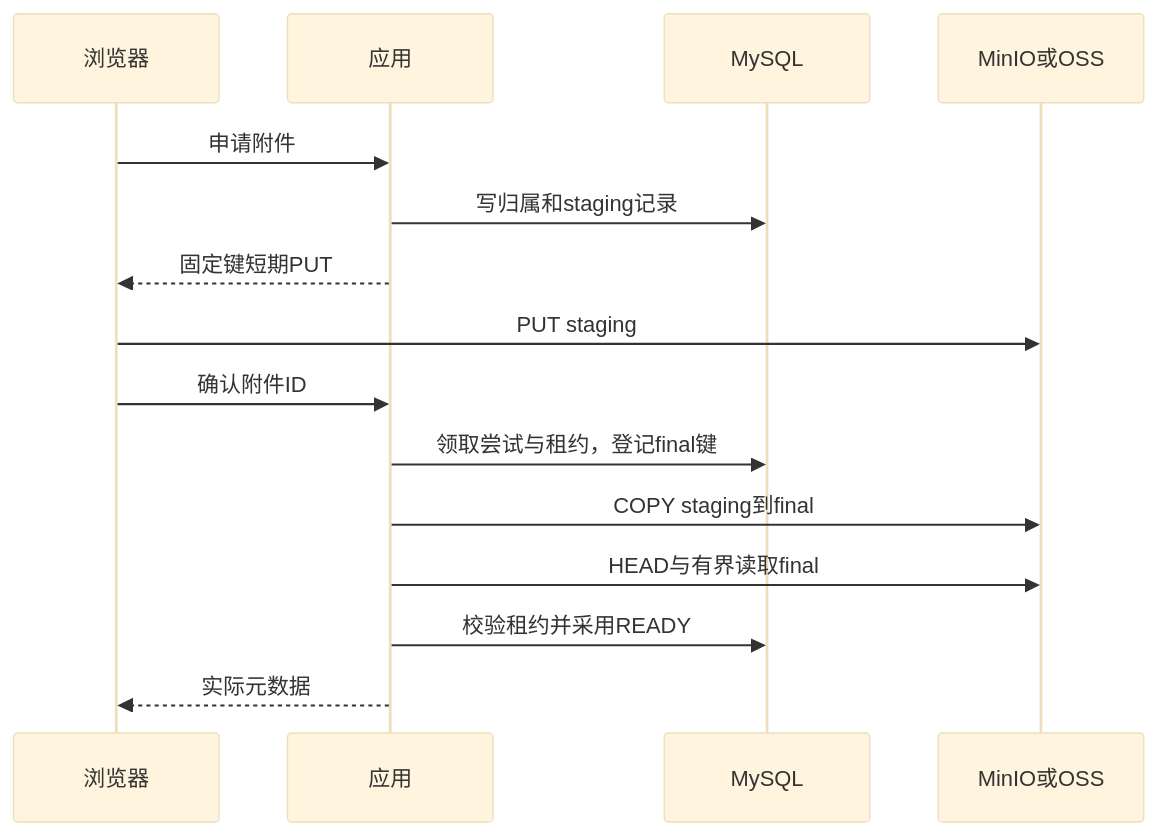
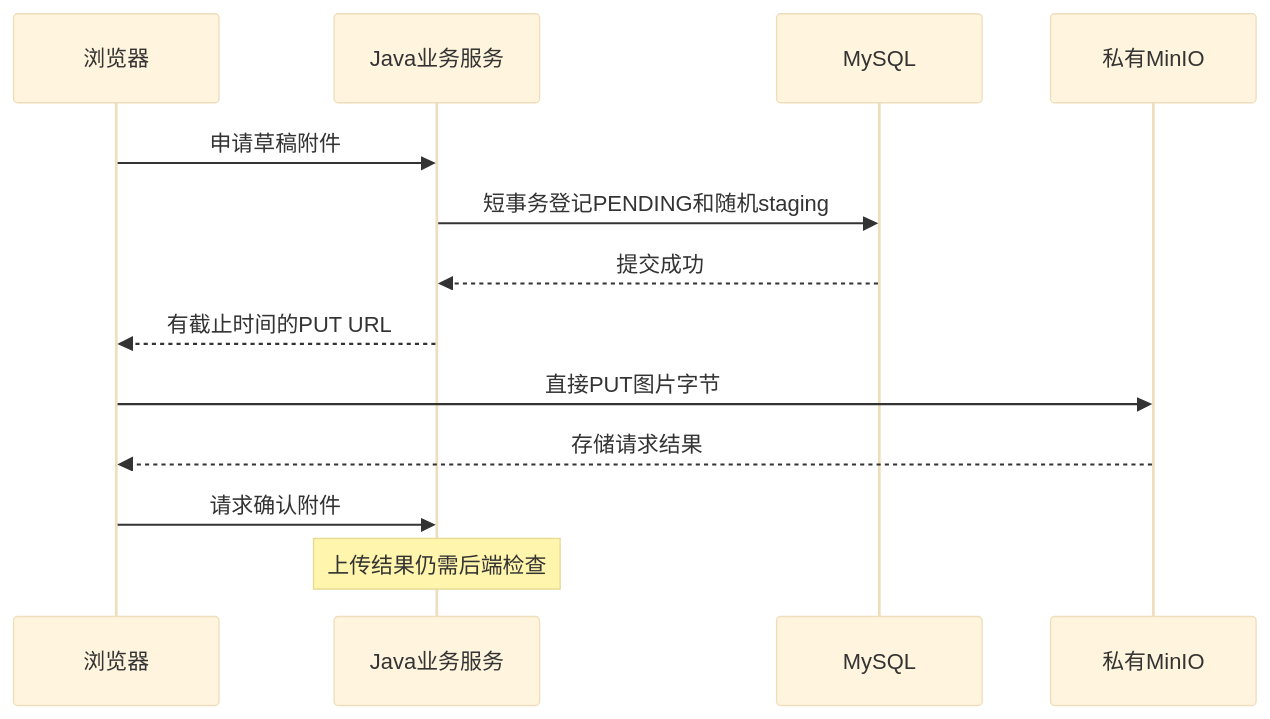
The first of 6 diagrams in 03-活动笔记发布与文件管理.md (SyH-101/citypass-platform), drawn with Mermaid (base theme) before and after one commit. The commit also changed other lines of this file, not shown here.

Commit message:
docs: explain story and file resume clauses with lifecycle diagrams and 15 interview questions

````diff
--- a/03-活动笔记发布与文件管理.md
+++ b/03-活动笔记发布与文件管理.md
@@ -233,17 +59,15 @@
 ```mermaid
 sequenceDiagram
     participant B as 浏览器
-    participant A as 应用
+    participant J as Java业务服务
     participant D as MySQL
-    participant S as MinIO或OSS
-    B->>A: 申请附件
-    A->>D: 写归属和staging记录
-    A-->>B: 固定键短期PUT
-    B->>S: PUT staging
-    B->>A: 确认附件ID
-    A->>D: 领取尝试与租约，登记final键
-    A->>S: COPY staging到final
-    A->>S: HEAD与有界读取final
-    A->>D: 校验租约并采用READY
-    A-->>B: 实际元数据
+    participant M as 私有MinIO
+    B->>J: 申请草稿附件
+    J->>D: 短事务登记PENDING和随机staging
+    D-->>J: 提交成功
+    J-->>B: 有截止时间的PUT URL
+    B->>M: 直接PUT图片字节
+    M-->>B: 存储请求结果
+    B->>J: 请求确认附件
+    Note over J: 上传结果仍需后端检查
 ```
````
